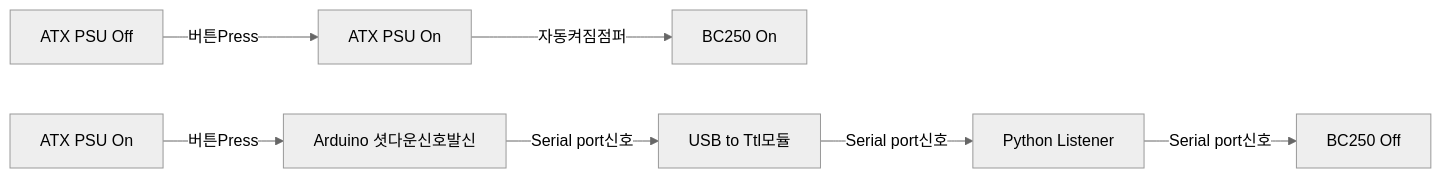
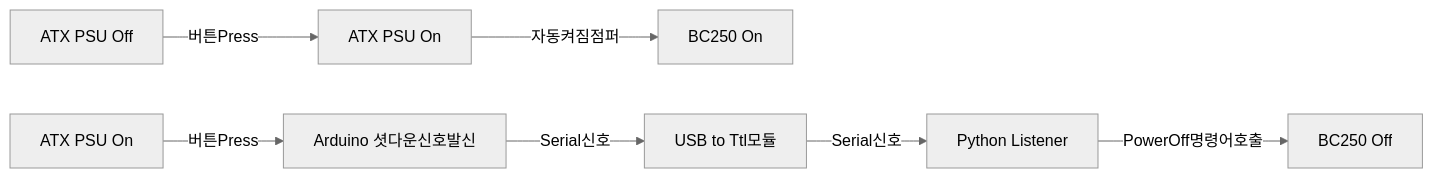
The first of 2 diagrams in README.md (coolsolgit/BC250-ATX-PSU-Control), drawn with Mermaid (neutral theme) before and after one commit.

````diff
--- a/README.md
+++ b/README.md
@@ -23,10 +23,10 @@
 ```mermaid
 flowchart LR
 A[ATX PSU Off] -->|버튼Press| B[ATX PSU On]
   B -->|자동켜짐점퍼| C[BC250 On]
 D[ATX PSU On] -->|버튼Press| E[Arduino 셧다운신호발신]
-  E -->|Serial port신호| F[USB to Ttl모듈]
-  F -->|Serial port신호| G[Python Listener]
-  G -->|Serial port신호| H[BC250 Off]
+  E -->|Serial신호| F[USB to Ttl모듈]
+  F -->|Serial신호| G[Python Listener]
+  G -->|PowerOff명령어호출| H[BC250 Off]
 
 ```
````
